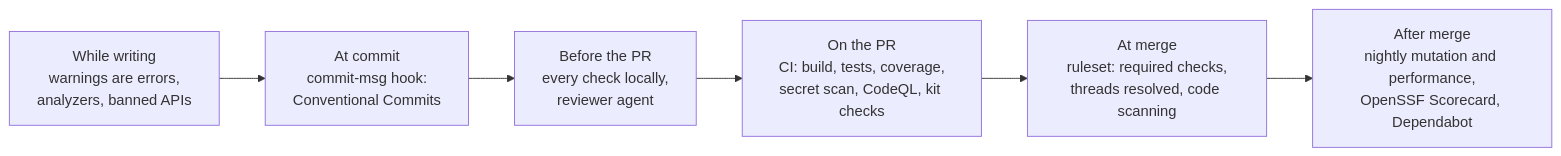
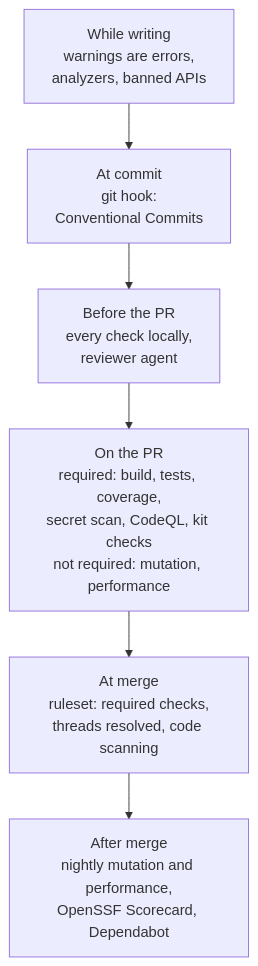
The third of 5 diagrams in README.md (DerekFoulk/dotnet-agent-kit), drawn with Mermaid before and after one commit. The commit also changed other lines of this file and 5 other files, not shown here.

First line of the commit message:
docs: answer the docs review: honest status, the true flows, terms explained

````diff
--- a/README.md
+++ b/README.md
@@ -102,10 +102,10 @@
 ```mermaid
-flowchart LR
+flowchart TB
     accTitle: Where mistakes are caught
-    accDescr: While writing, the build treats every warning as an error and runs the analyzers. At commit, the commit-msg hook rejects a subject that isn't a Conventional Commit. Before the pull request, the agent runs every check and the reviewer agent reviews the branch. On the pull request, CI runs the build, tests, coverage, secret scan, CodeQL and the kit's checks. At merge, the ruleset requires those checks, resolved review threads and clean code scanning. After merge, nightly mutation and performance runs, OpenSSF Scorecard and Dependabot keep watching.
-    W["While writing<br/>warnings are errors,<br/>analyzers, banned APIs"] --> C["At commit<br/>commit-msg hook:<br/>Conventional Commits"]
+    accDescr: While writing, the build treats every warning as an error and runs the analyzers. At commit, a git hook rejects a subject that isn't a Conventional Commit. Before the pull request, the agent runs every check and the reviewer agent reviews the branch. On the pull request, CI runs the build, tests, coverage, secret scan, CodeQL and the kit's checks as required checks, and mutation and performance runs that aren't required but are answered before merging. At merge, the ruleset requires the required checks, resolved review threads and clean code scanning. After merge, the nightly mutation and performance runs, OpenSSF Scorecard and Dependabot keep watching.
+    W["While writing<br/>warnings are errors,<br/>analyzers, banned APIs"] --> C["At commit<br/>git hook:<br/>Conventional Commits"]
     C --> B["Before the PR<br/>every check locally,<br/>reviewer agent"]
-    B --> PRC["On the PR<br/>CI: build, tests, coverage,<br/>secret scan, CodeQL, kit checks"]
+    B --> PRC["On the PR<br/>required: build, tests, coverage,<br/>secret scan, CodeQL, kit checks<br/>not required: mutation, performance"]
     PRC --> MG["At merge<br/>ruleset: required checks,<br/>threads resolved, code scanning"]
     MG --> AF["After merge<br/>nightly mutation and performance,<br/>OpenSSF Scorecard, Dependabot"]
 ```
````
